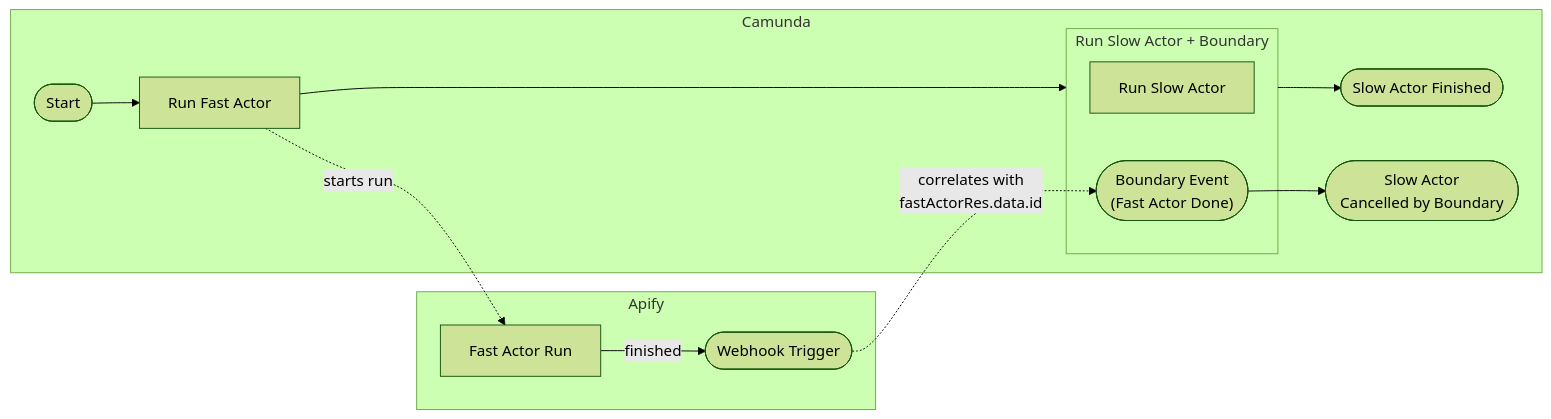
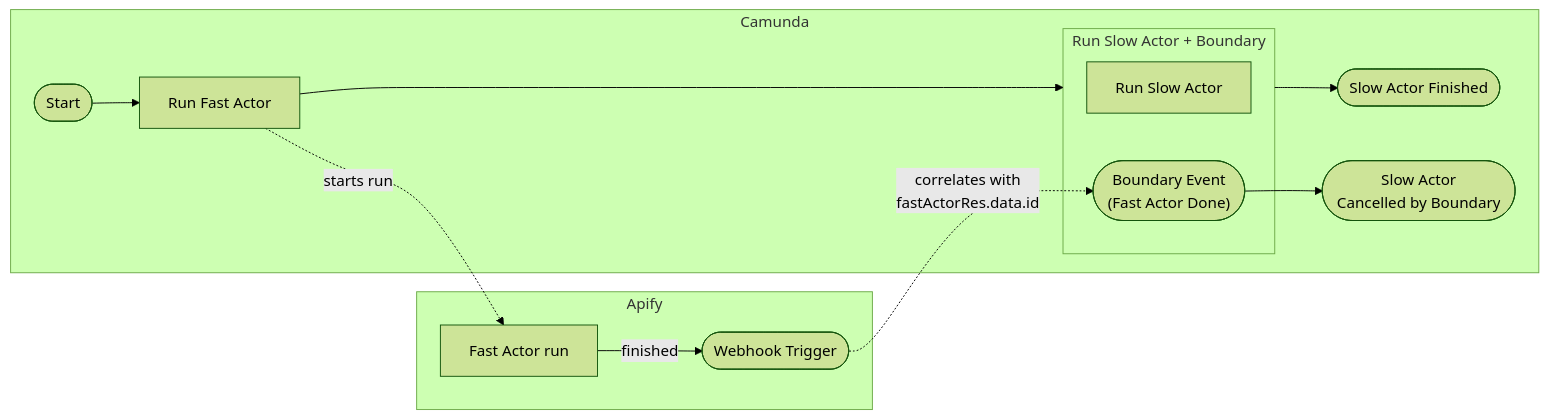
Before and after one commit to apify/apify-docs: the fifth of 8 diagrams in sources/platform/integrations/workflows-and-notifications/camunda.md, drawn with Mermaid (forest theme). The commit also changed other lines of this file, not shown here.

Commit message:
docs: enhance Camunda integration documentation with detailed explanations and mermaid diagrams

````diff
--- a/sources/platform/integrations/workflows-and-notifications/camunda.md
+++ b/sources/platform/integrations/workflows-and-notifications/camunda.md
@@ -268,18 +290,18 @@
 ```mermaid
 graph LR
     subgraph Camunda
         A([Start]) --> B[Run Fast Actor]
         B --> SA
         subgraph SA ["Run Slow Actor + Boundary"]
             C[Run Slow Actor]
             BE(["Boundary Event<br/>(Fast Actor Done)"])
         end
         SA --> E([Slow Actor Finished])
         BE --> D([Slow Actor<br/>Cancelled by Boundary])
     end
     subgraph Apify
-        AR[Fast Actor Run] -->|finished| W([Webhook Trigger])
+        AR[Fast Actor run] -->|finished| W([Webhook Trigger])
     end
     B -.->|starts run| AR
     W -.->|correlates with<br/>fastActorRes.data.id| BE
 ```
````
